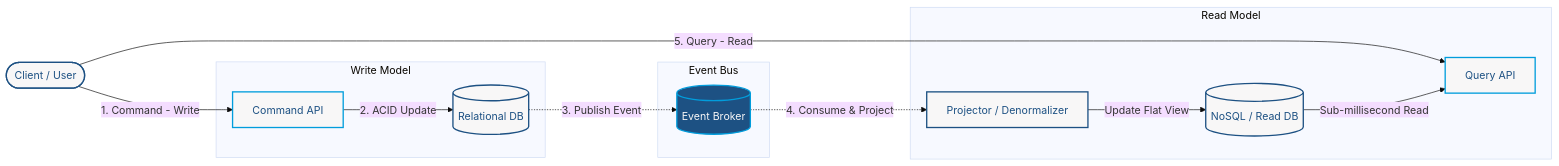
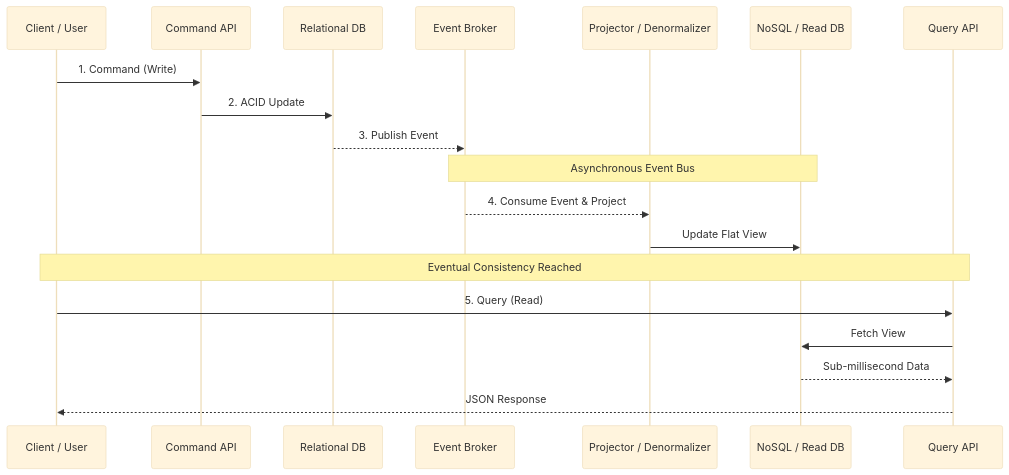
Before and after one commit to bpbpublications/Practical-Software-Architecture-Patterns-with-Java: the diagram in chapter-07/diagrams/diagram-03.md, drawn with Mermaid (base theme).

Commit message:
chore: add mermaid diagram for asynchronous event flow

````diff
--- a/chapter-07/diagrams/diagram-03.md
+++ b/chapter-07/diagrams/diagram-03.md
@@ -1,27 +1,25 @@
 ```mermaid
-flowchart LR
-    User([Client / User]) -->|1. Command - Write| CmdAPI[Command API]
-    User -->|5. Query - Read| QryAPI[Query API]
+sequenceDiagram
+    participant User as Client / User
+    participant CmdAPI as Command API
+    participant WriteDB as Relational DB
+    participant Broker as Event Broker
+    participant Projector as Projector / Denormalizer
+    participant ReadDB as NoSQL / Read DB
+    participant QryAPI as Query API
 
-    subgraph Command Stack [Write Model]
-        CmdAPI -->|2. ACID Update| WriteDB[(Relational DB)]
-    end
+    User->>CmdAPI: 1. Command (Write)
+    CmdAPI->>WriteDB: 2. ACID Update
+    WriteDB-->>Broker: 3. Publish Event
 
-    subgraph Event Bus
-        WriteDB -.->|3. Publish Event| Broker[(Event Broker)]
-    end
+    Note over Broker, ReadDB: Asynchronous Event Bus
+    Broker-->>Projector: 4. Consume Event & Project
+    Projector->>ReadDB: Update Flat View
 
-    subgraph Query Stack [Read Model]
-        Broker -.->|4. Consume & Project| Projector[Projector / Denormalizer]
-        Projector -->|Update Flat View| ReadDB[(NoSQL / Read DB)]
-        ReadDB -->|Sub-millisecond Read| QryAPI
-    end
+    Note over User, QryAPI: Eventual Consistency Reached
+    User->>QryAPI: 5. Query (Read)
+    QryAPI->>ReadDB: Fetch View
+    ReadDB-->>QryAPI: Sub-millisecond Data
+    QryAPI-->>User: JSON Response
 
-    style User fill:#F8F7F7,stroke:#1D5183,stroke-width:2px,color:#1D5183
-    style CmdAPI fill:#F8F7F7,stroke:#019DDC,stroke-width:2px,color:#1D5183
-    style QryAPI fill:#F8F7F7,stroke:#019DDC,stroke-width:2px,color:#1D5183
-    style WriteDB fill:#F8F7F7,stroke:#1D5183,stroke-width:2px,color:#1D5183
-    style ReadDB fill:#F8F7F7,stroke:#1D5183,stroke-width:2px,color:#1D5183
-    style Broker fill:#1D5183,stroke:#019DDC,stroke-width:2px,color:#F8F7F7
-    style Projector fill:#F8F7F7,stroke:#1D5183,stroke-width:2px,color:#1D5183
 ```
````
